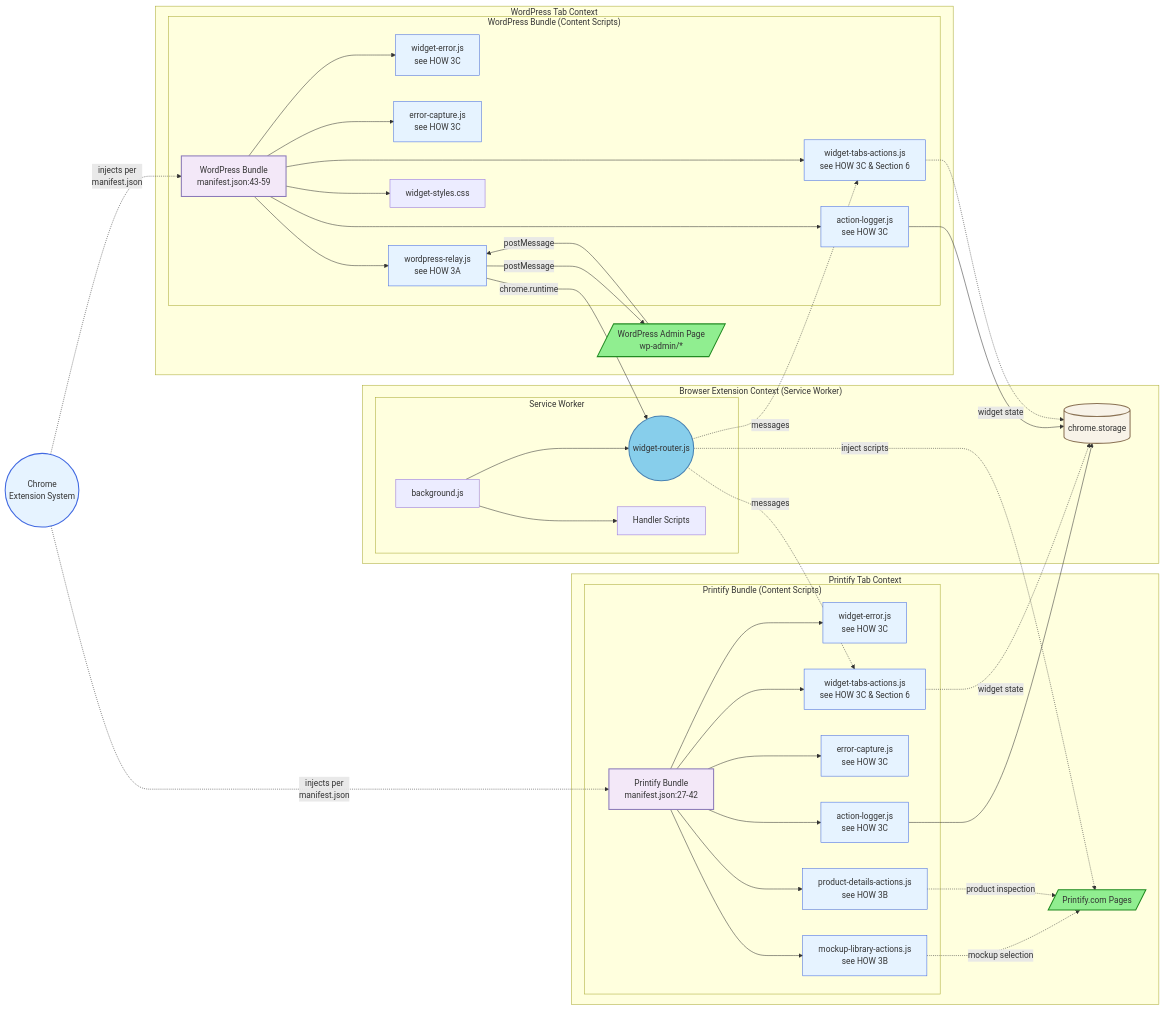
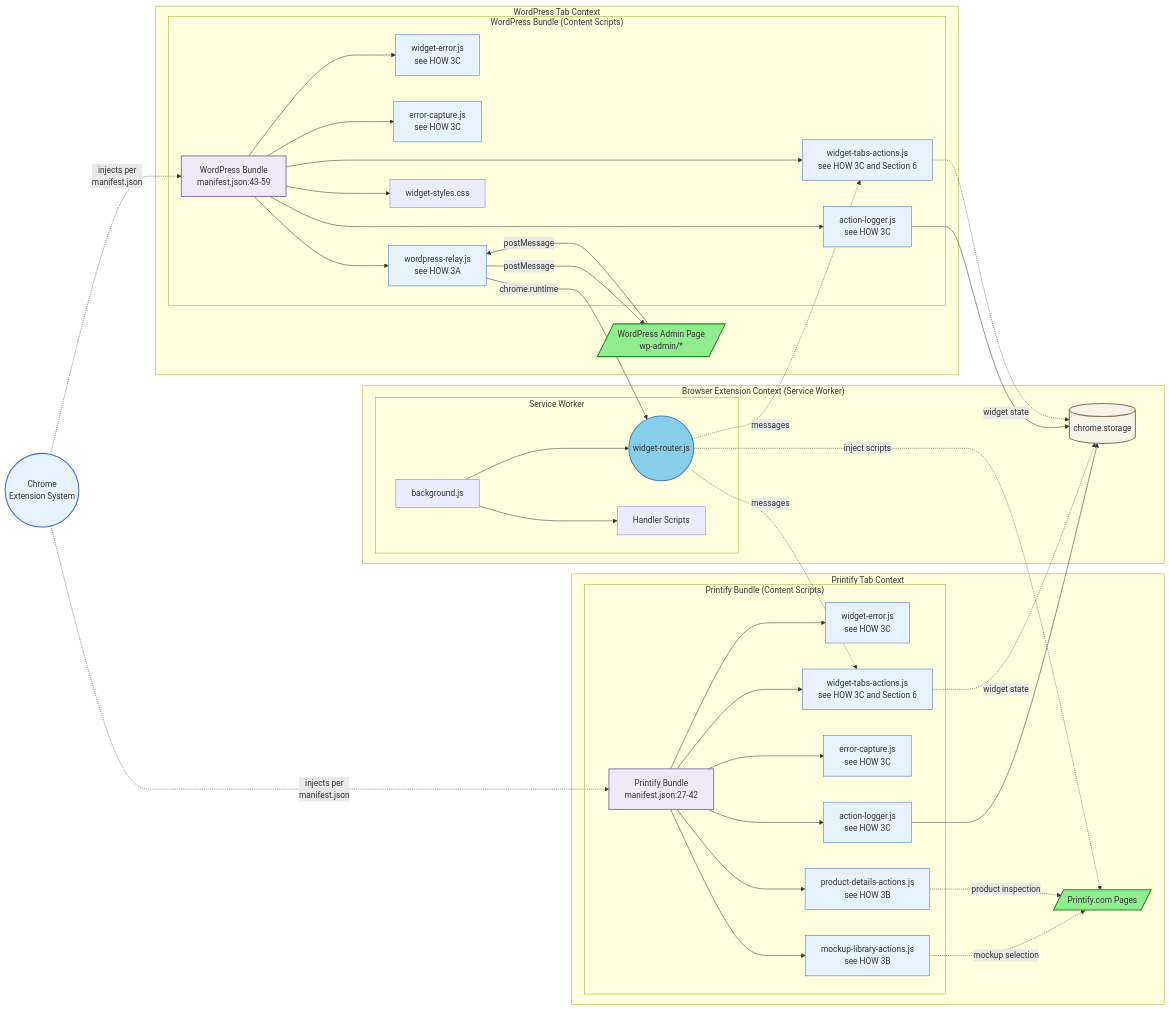
Before and after one commit to tdemelle-SiP/.claude: the second of 5 diagrams in guidelines/sip-printify-manager-extension-guidelines-v2.md, drawn with Mermaid. The commit also changed other lines of this file, not shown here.

First line of the commit message:
✅ Content Issues Fixed:   1. Section 3 title inconsistency - Fixed   2. Missing reference in Diagram 2 (Section 7 → Section 6) - Fixed   3. Incorrect storage key reference (Section 3D → Section 6D) - Fixed   4. Empty anchor tags - Already removed

````diff
--- a/guidelines/sip-printify-manager-extension-guidelines-v2.md
+++ b/guidelines/sip-printify-manager-extension-guidelines-v2.md
@@ -214,73 +214,73 @@
 ```mermaid
 graph LR
   Chrome((Chrome<br/>Extension System))
   
   subgraph "Browser Extension Context (Service Worker)"
     subgraph "Service Worker"
       SW[background.js] --> Router((widget-router.js))
       SW --> Handlers[Handler Scripts]
     end
     
     Storage[(chrome.storage)]
   end
   
   subgraph "WordPress Tab Context"
     subgraph "WordPress Bundle (Content Scripts)"
       WPBundle[WordPress Bundle<br/>manifest.json:43-59]
       WPBundle --> WE[widget-error.js<br/>see HOW 3C]
       WPBundle --> AL1[action-logger.js<br/>see HOW 3C]
       WPBundle --> EC1[error-capture.js<br/>see HOW 3C]
       WPBundle --> WR[wordpress-relay.js<br/>see HOW 3A]
-      WPBundle --> WT1[widget-tabs-actions.js<br/>see HOW 3C & Section 6]
+      WPBundle --> WT1[widget-tabs-actions.js<br/>see HOW 3C and Section 6]
       WPBundle --> WSS[widget-styles.css]
     end
     
     WPPage[/WordPress Admin Page<br/>wp-admin/*/]
     WR -->|postMessage| WPPage
     WPPage -->|postMessage| WR
   end
   
   subgraph "Printify Tab Context"
     subgraph "Printify Bundle (Content Scripts)"
       PBundle[Printify Bundle<br/>manifest.json:27-42]
       PBundle --> WE2[widget-error.js<br/>see HOW 3C]
       PBundle --> AL2[action-logger.js<br/>see HOW 3C]
       PBundle --> EC2[error-capture.js<br/>see HOW 3C]
-      PBundle --> WT2[widget-tabs-actions.js<br/>see HOW 3C & Section 6]
+      PBundle --> WT2[widget-tabs-actions.js<br/>see HOW 3C and Section 6]
       PBundle --> MLA[mockup-library-actions.js<br/>see HOW 3B]
       PBundle --> PDA[product-details-actions.js<br/>see HOW 3B]
     end
     
     PrintifyPage[/Printify.com Pages/]
     MLA -.->|mockup selection| PrintifyPage
     PDA -.->|product inspection| PrintifyPage
   end
   
   WR -->|chrome.runtime| Router
   Router -.->|messages| WT1
   Router -.->|messages| WT2
   Router -.->|inject scripts| PrintifyPage
   AL1 --> Storage
   AL2 --> Storage
   WT1 -.->|widget state| Storage
   WT2 -.->|widget state| Storage
   
   Chrome -.->|injects per<br/>manifest.json| WPBundle
   Chrome -.->|injects per<br/>manifest.json| PBundle
   
   %% Style definitions
   classDef userFacingStyle fill:#90EE90,stroke:#228B22,stroke-width:2px
   classDef routerStyle fill:#87CEEB,stroke:#4682B4,stroke-width:2px
   classDef scriptStyle fill:#E6F3FF,stroke:#4169E1,stroke-width:1px
   classDef storageStyle fill:#F8F3E8,stroke:#8B7355,stroke-width:2px
   classDef groupStyle fill:#F3E8F8,stroke:#8B7AB8,stroke-width:2px
   classDef chromeStyle fill:#E6F3FF,stroke:#4169E1,stroke-width:2px
   
   %% Apply styles
   class WPPage,PrintifyPage userFacingStyle
   class Router routerStyle
   class WE,WE2,AL1,AL2,EC1,EC2,WR,WT1,WT2,MLA,PDA scriptStyle
   class Storage storageStyle
   class WPBundle,PBundle groupStyle
   class Chrome chromeStyle
 ```
````
